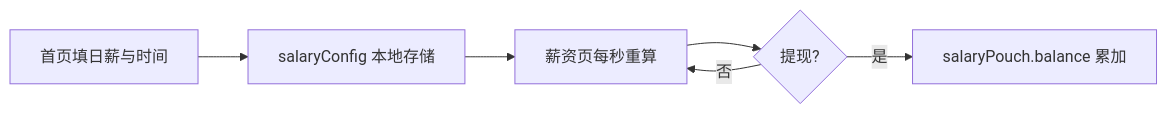
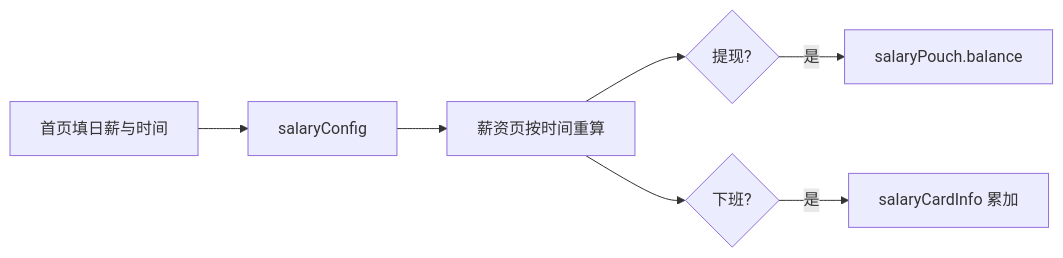
Before and after one commit to ToneyAlessio/salary_count: the diagram in main/README.md, drawn with Mermaid. The commit also changed other lines of this file and 21 other files, not shown here.

````diff
--- a/main/README.md
+++ b/main/README.md
@@ -31,8 +28,9 @@
 ```mermaid
 flowchart LR
-    A[首页填日薪与时间] --> B[salaryConfig 本地存储]
-    B --> C[薪资页每秒重算]
+    A[首页填日薪与时间] --> B[salaryConfig]
+    B --> C[薪资页按时间重算]
     C --> D{提现?}
-    D -->|是| E[salaryPouch.balance 累加]
-    D -->|否| C
+    D -->|是| E[salaryPouch.balance]
+    C --> F{下班?}
+    F -->|是| G[salaryCardInfo 累加]
 ```
````
